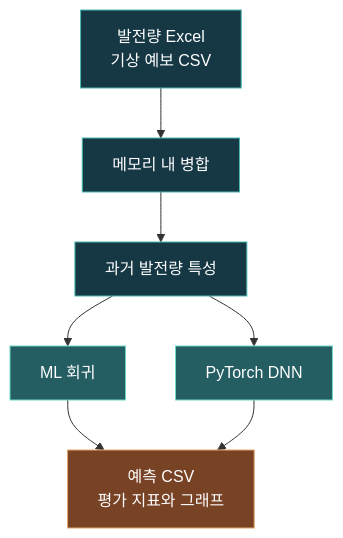
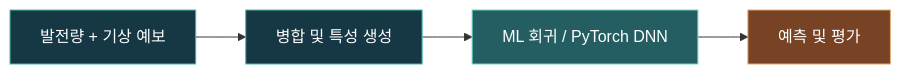
The diagram in README.md (whitekun91/wind-power-predictor), drawn with Mermaid before and after one commit. The commit also changed other lines of this file and 1 other file, not shown here.

````diff
--- a/README.md
+++ b/README.md
@@ -30,15 +91,12 @@
 ```mermaid
-flowchart TB
-    A["발전량 Excel<br/>기상 예보 CSV"] --> B["메모리 내 병합"]
-    B --> C["과거 발전량 특성"]
-    C --> D["ML 회귀"]
-    C --> E["PyTorch DNN"]
-    D --> F["예측 CSV<br/>평가 지표와 그래프"]
-    E --> F
+flowchart LR
+    A["발전량 + 기상 예보"] --> B["병합 및 특성 생성"]
+    B --> C["ML 회귀 / PyTorch DNN"]
+    C --> D["예측 및 평가"]
     classDef data fill:#163845,stroke:#4AB9B3,color:#FFFFFF;
     classDef model fill:#245D62,stroke:#6DD9C5,color:#FFFFFF;
     classDef result fill:#784225,stroke:#E6A76D,color:#FFFFFF;
-    class A,B,C data;
-    class D,E model;
-    class F result;
+    class A,B data;
+    class C model;
+    class D result;
 ```
````
